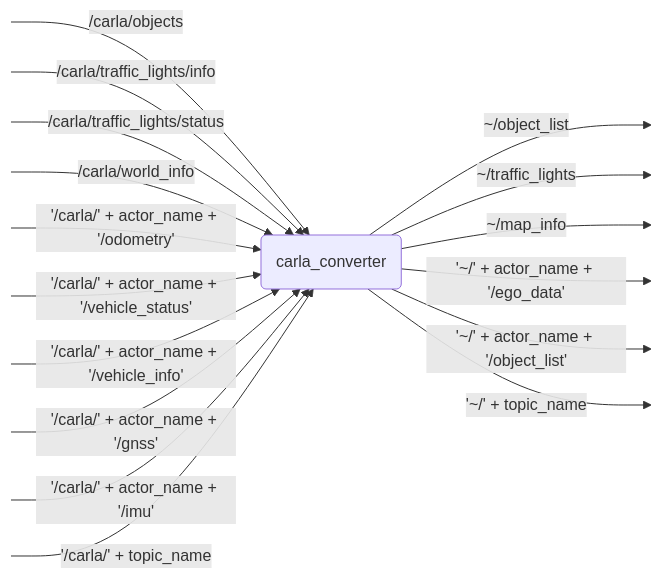
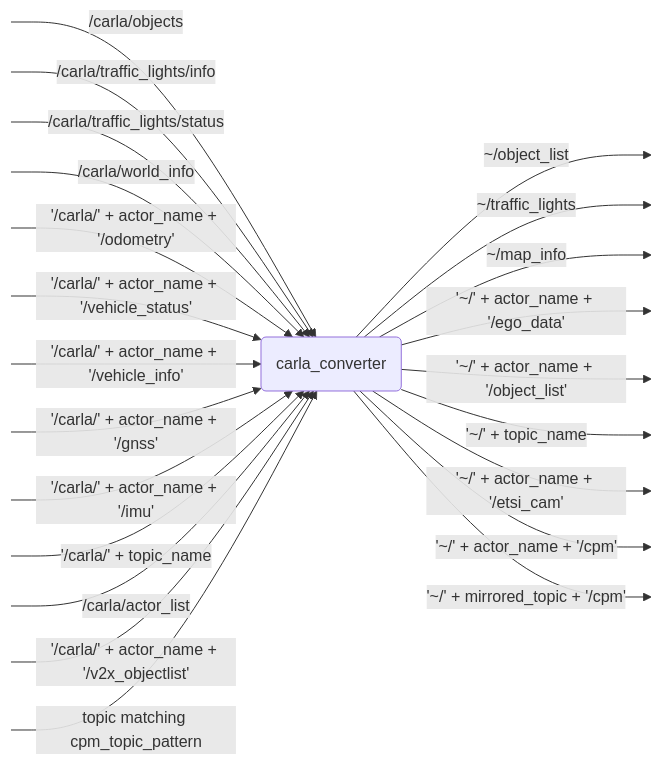
Before and after one commit to openads-project/carla_converter: the diagram in carla_converter/README.md, drawn with Mermaid. The commit also changed other lines of this file and 6 other files, not shown here.

````diff
--- a/carla_converter/README.md
+++ b/carla_converter/README.md
@@ -9,21 +9,27 @@
 ```mermaid
 flowchart LR
     NODE("carla_converter")
     S0:::hidden -->|/carla/objects| NODE
     S1:::hidden -->|/carla/traffic_lights/info| NODE
     S2:::hidden -->|/carla/traffic_lights/status| NODE
     S3:::hidden -->|/carla/world_info| NODE
     S4:::hidden -->|'/carla/' + actor_name + '/odometry'| NODE
     S5:::hidden -->|'/carla/' + actor_name + '/vehicle_status'| NODE
     S6:::hidden -->|'/carla/' + actor_name + '/vehicle_info'| NODE
     S7:::hidden -->|'/carla/' + actor_name + '/gnss'| NODE
     S8:::hidden -->|'/carla/' + actor_name + '/imu'| NODE
     S9:::hidden -->|'/carla/' + topic_name| NODE
+    S10:::hidden -->|/carla/actor_list| NODE
+    S11:::hidden -->|'/carla/' + actor_name + '/v2x_objectlist'| NODE
+    S12:::hidden -->|topic matching cpm_topic_pattern| NODE
     NODE -->|~/object_list| P0:::hidden
     NODE -->|~/traffic_lights| P1:::hidden
     NODE -->|~/map_info| P2:::hidden
     NODE -->|'~/' + actor_name + '/ego_data'| P3:::hidden
     NODE -->|'~/' + actor_name + '/object_list'| P4:::hidden
     NODE -->|'~/' + topic_name| P5:::hidden
+    NODE -->|'~/' + actor_name + '/etsi_cam'| P6:::hidden
+    NODE -->|'~/' + actor_name + '/cpm'| P7:::hidden
+    NODE -->|'~/' + mirrored_topic + '/cpm'| P8:::hidden
     classDef hidden display: none;
 ```
````
